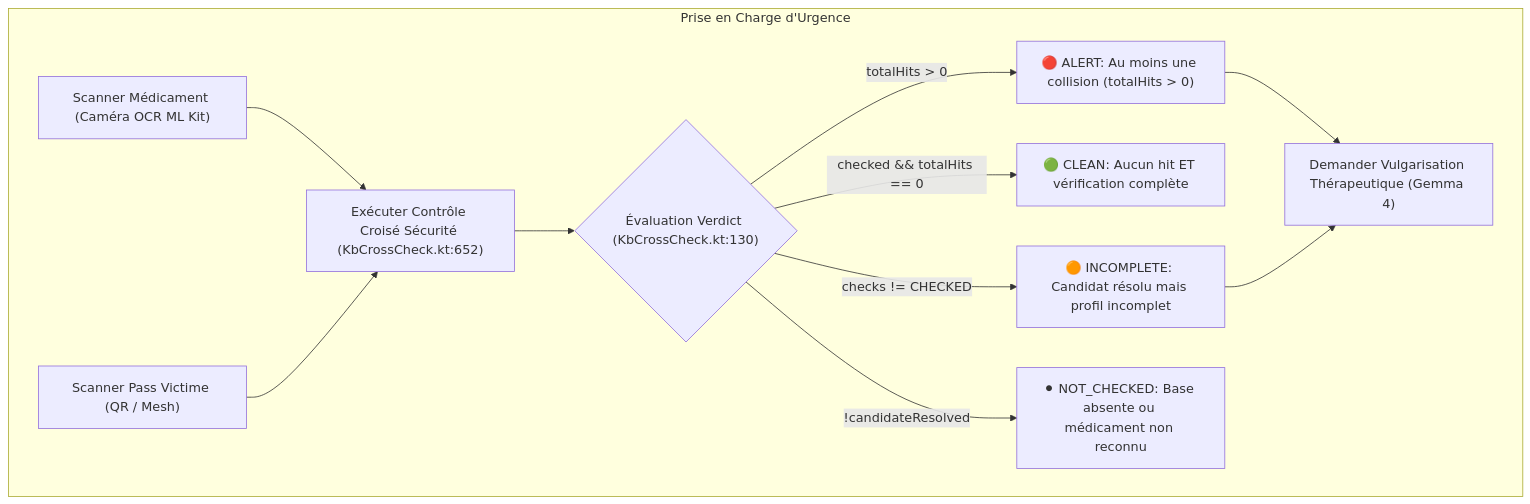
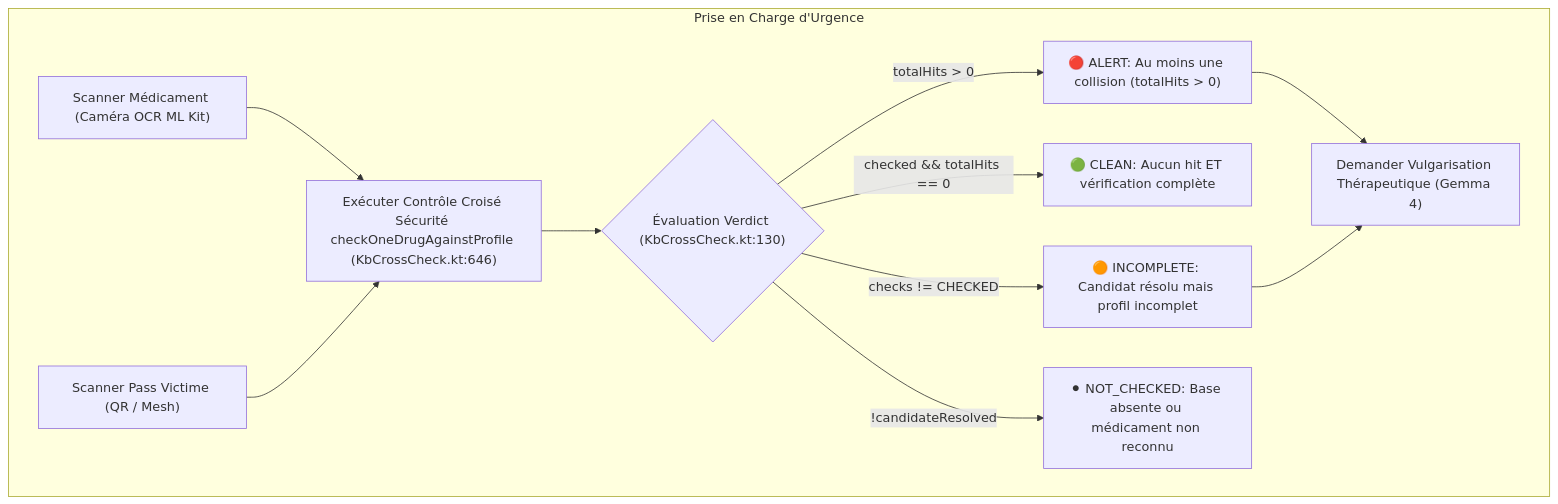
The third of 21 diagrams in docs/DOCUMENTATION_UML_FONCTIONNELLE.md (kurodohenroonsen/JemmaPass), drawn with Mermaid before and after one commit. The commit also changed other lines of this file and 2 other files, not shown here.

Commit message:
docs: apply review 0046, harmonize citations with SD-22 and add check_citations.py validation

````diff
--- a/docs/DOCUMENTATION_UML_FONCTIONNELLE.md
+++ b/docs/DOCUMENTATION_UML_FONCTIONNELLE.md
@@ -164,24 +164,24 @@
 ```mermaid
 flowchart TD
     subgraph Prise_En_Charge ["Prise en Charge d'Urgence"]
         SCAN["Scanner Médicament (Caméra OCR ML Kit)"]
         IMPORT["Scanner Pass Victime (QR / Mesh)"]
-        EVAL["Exécuter Contrôle Croisé Sécurité (KbCrossCheck.kt:652)"]
+        EVAL["Exécuter Contrôle Croisé Sécurité checkOneDrugAgainstProfile (KbCrossCheck.kt:646)"]
         VERDICT{"Évaluation Verdict (KbCrossCheck.kt:130)"}
         RED["🔴 ALERT: Au moins une collision (totalHits > 0)"]
         GREEN["🟢 CLEAN: Aucun hit ET vérification complète"]
         AMBER["🟠 INCOMPLETE: Candidat résolu mais profil incomplet"]
         GRAY["⚫ NOT_CHECKED: Base absente ou médicament non reconnu"]
         VULG["Demander Vulgarisation Thérapeutique (Gemma 4)"]
     end
 
     SCAN --> EVAL
     IMPORT --> EVAL
     EVAL --> VERDICT
     VERDICT -->|totalHits > 0| RED
     VERDICT -->|checked && totalHits == 0| GREEN
     VERDICT -->|checks != CHECKED| AMBER
     VERDICT -->|!candidateResolved| GRAY
     RED --> VULG
     AMBER --> VULG
 ```
````
